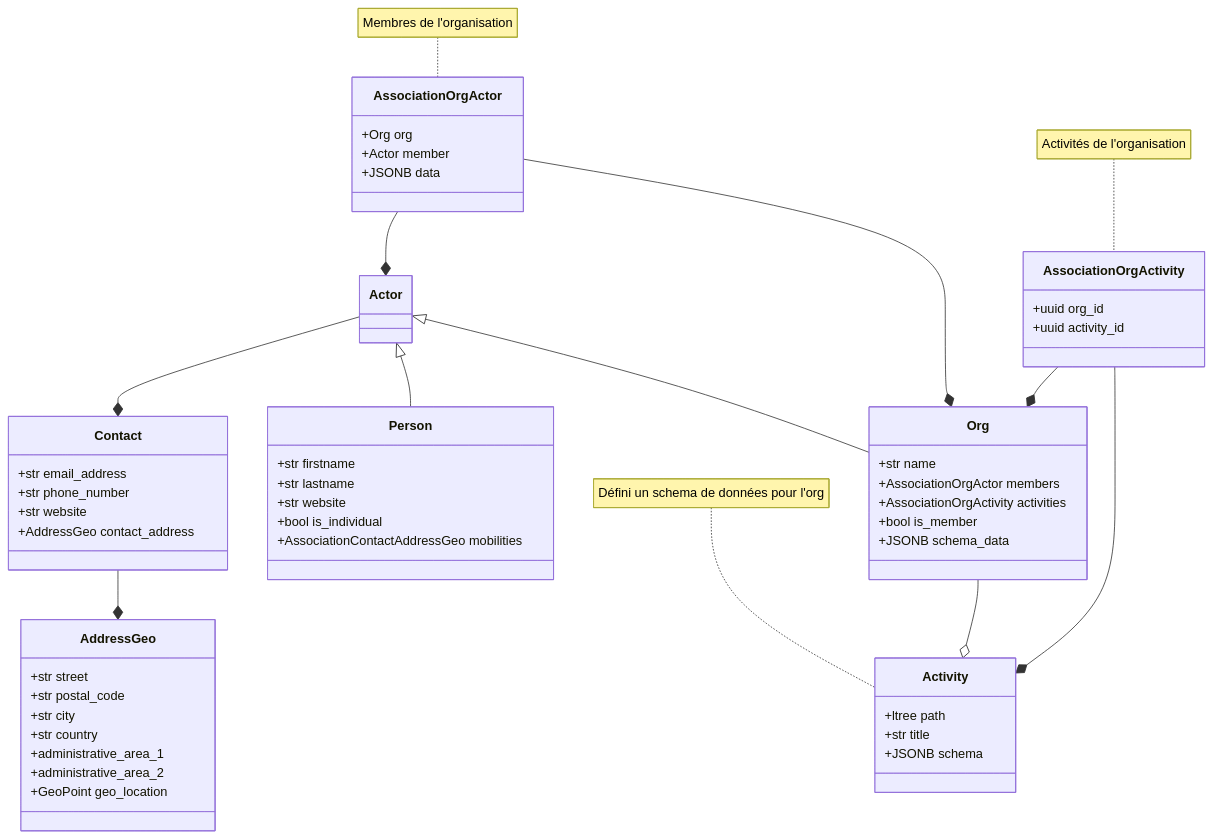
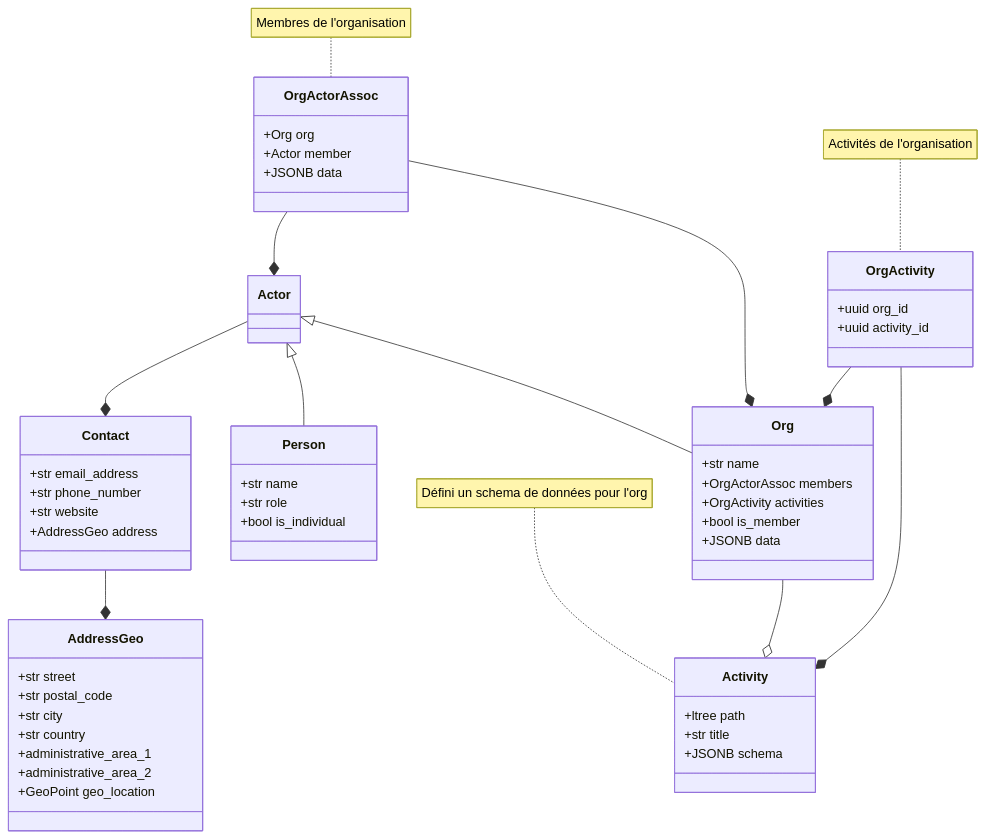
One commit to cmerot/surlaroute changed the first of 3 diagrams in doc/modeles.md. Above: the diagram before and after it, drawn with Mermaid. The commit also changed other lines of this file, not shown here.

````diff
--- a/doc/modeles.md
+++ b/doc/modeles.md
@@ -33,64 +33,62 @@
 ```mermaid
 classDiagram
-    note for AssociationOrgActor "Membres de l'organisation"
-    note for AssociationOrgActivity "Activités de l'organisation"
+    note for OrgActorAssoc "Membres de l'organisation"
+    note for OrgActivity "Activités de l'organisation"
     note for Activity "Défini un schema de données pour l'org"
     Actor <|-- Org
     Actor <|-- Person
     Org --o Activity
-    AssociationOrgActor --* Org
-    AssociationOrgActor --* Actor
-    AssociationOrgActivity --* Org
-    AssociationOrgActivity --* Activity
+    OrgActorAssoc --* Org
+    OrgActorAssoc --* Actor
+    OrgActivity --* Org
+    OrgActivity --* Activity
     Actor --* Contact
     Contact --* AddressGeo
 
     class Actor {
     }
     class Org {
         +str name
-        +AssociationOrgActor members
-        +AssociationOrgActivity activities
+        +OrgActorAssoc members
+        +OrgActivity activities
         +bool is_member
-        +JSONB schema_data
+        +JSONB data
     }
     class Activity {
         +ltree path
         +str title
         +JSONB schema
     }
     class Person {
-        +str firstname
-        +str lastname
-        +str website
+        +str name
+        +str role
         +bool is_individual
-        +AssociationContactAddressGeo mobilities
     }
 
-    class AssociationOrgActor {
+    class OrgActorAssoc {
         +Org org
         +Actor member
         +JSONB data
     }
-    class AssociationOrgActivity {
+    class OrgActivity {
         +uuid org_id
         +uuid activity_id
     }
     class Contact {
         +str email_address
         +str phone_number
         +str website
-        +AddressGeo contact_address
+        +AddressGeo address
     }
     class AddressGeo {
         +str street
         +str postal_code
         +str city
         +str country
         +administrative_area_1
         +administrative_area_2
         +GeoPoint geo_location
     }
 
 
 ```
````
